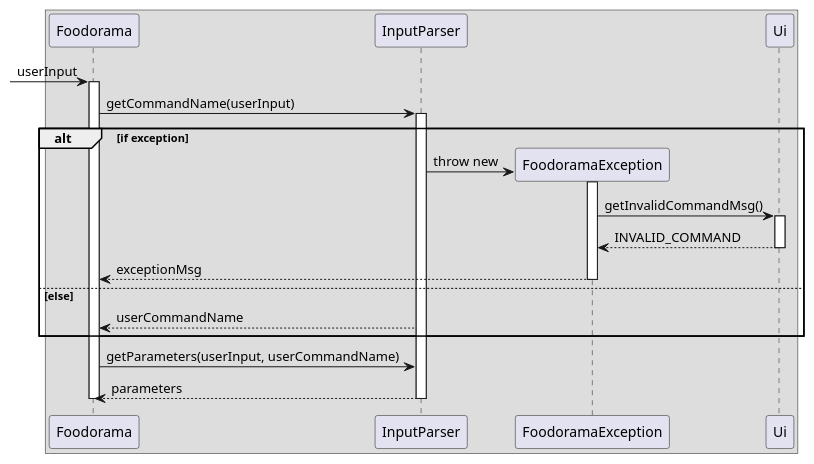
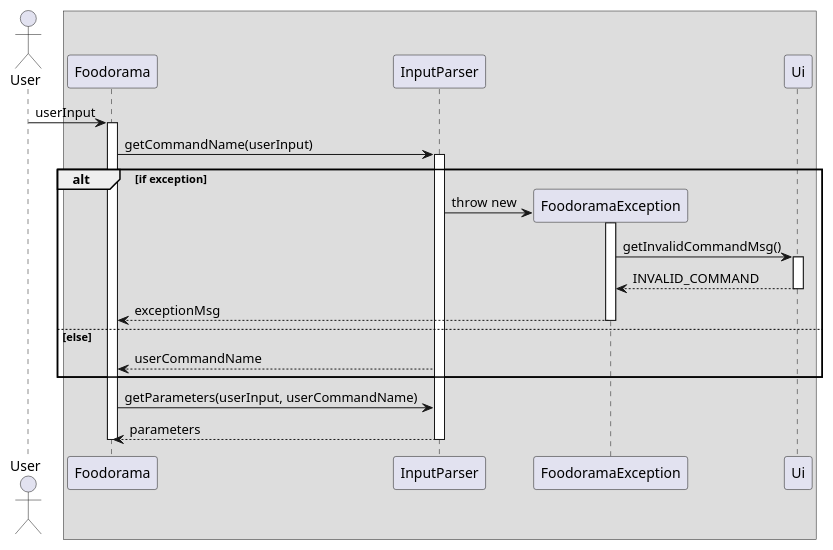
One commit to nus-cs2113-AY2122S1/tp changed the diagram in docs/puml/input_parser_sequence.puml. Above: the diagram before and after it, drawn with PlantUML. The commit also changed 4 other files, not shown here.

Commit message:
Add sequence diagram for graph

```diff
--- a/docs/puml/input_parser_sequence.puml
+++ b/docs/puml/input_parser_sequence.puml
@@ -1,33 +1,35 @@
 @startuml
 'https://plantuml.com/sequence-diagram
 
+actor User
+
 Box
--> Foodorama: userInput
+User-> Foodorama: userInput
 activate Foodorama
 Foodorama -> InputParser: getCommandName(userInput)
 activate InputParser
 alt if exception
 
 create FoodoramaException
 InputParser -> FoodoramaException: throw new
 activate FoodoramaException
 
 FoodoramaException -> Ui: getInvalidCommandMsg()
 activate Ui
 FoodoramaException<-- Ui : INVALID_COMMAND
 deactivate Ui
 FoodoramaException --> Foodorama: exceptionMsg
 
 deactivate FoodoramaException
 
 else else
 InputParser --> Foodorama: userCommandName
 end
 Foodorama -> InputParser: getParameters(userInput, userCommandName)
 InputParser --> Foodorama: parameters
 deactivate InputParser
 
 
 deactivate Foodorama
 
 @enduml
```
